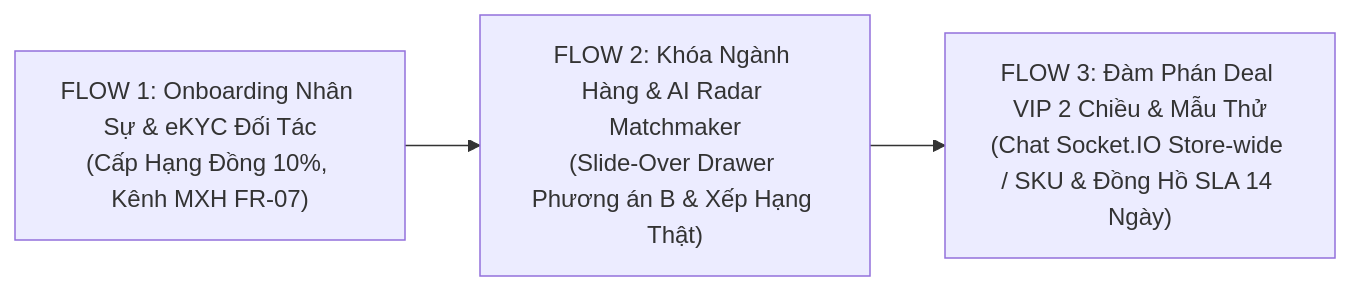
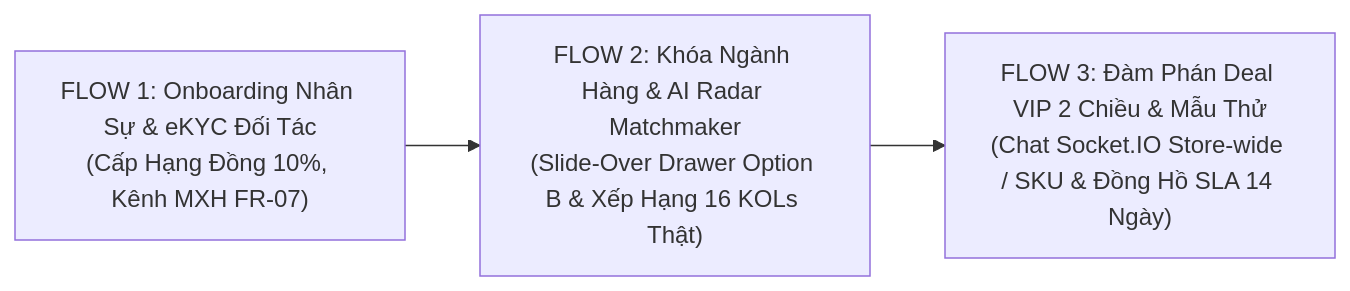
The second of 2 diagrams in docs/FLOW_1_LIVE_TEST_REPORT.md (thang-nt25/SCANMS-project-capstone-fall26), drawn with Mermaid before and after one commit. The commit also changed other lines of this file and 1 other file, not shown here.

Commit message:
docs(testing): hoan thien huong dan kiem thu live chi tiet tung buoc va phan tich chuyen sau flow 1 va flow 2

````diff
--- a/docs/FLOW_1_LIVE_TEST_REPORT.md
+++ b/docs/FLOW_1_LIVE_TEST_REPORT.md
@@ -345,5 +411,5 @@
 ```mermaid
 flowchart LR
-    F1["FLOW 1: Onboarding Nhân Sự & eKYC Đối Tác<br/>(Cấp Hạng Đồng 10%, Kênh MXH FR-07)"] --> F2["FLOW 2: Khóa Ngành Hàng & AI Radar Matchmaker<br/>(Slide-Over Drawer Phương án B & Xếp Hạng Thật)"]
+    F1["FLOW 1: Onboarding Nhân Sự & eKYC Đối Tác<br/>(Cấp Hạng Đồng 10%, Kênh MXH FR-07)"] --> F2["FLOW 2: Khóa Ngành Hàng & AI Radar Matchmaker<br/>(Slide-Over Drawer Option B & Xếp Hạng 16 KOLs Thật)"]
     F2 --> F3["FLOW 3: Đàm Phán Deal VIP 2 Chiều & Mẫu Thử<br/>(Chat Socket.IO Store-wide / SKU & Đồng Hồ SLA 14 Ngày)"]
 ```
````
